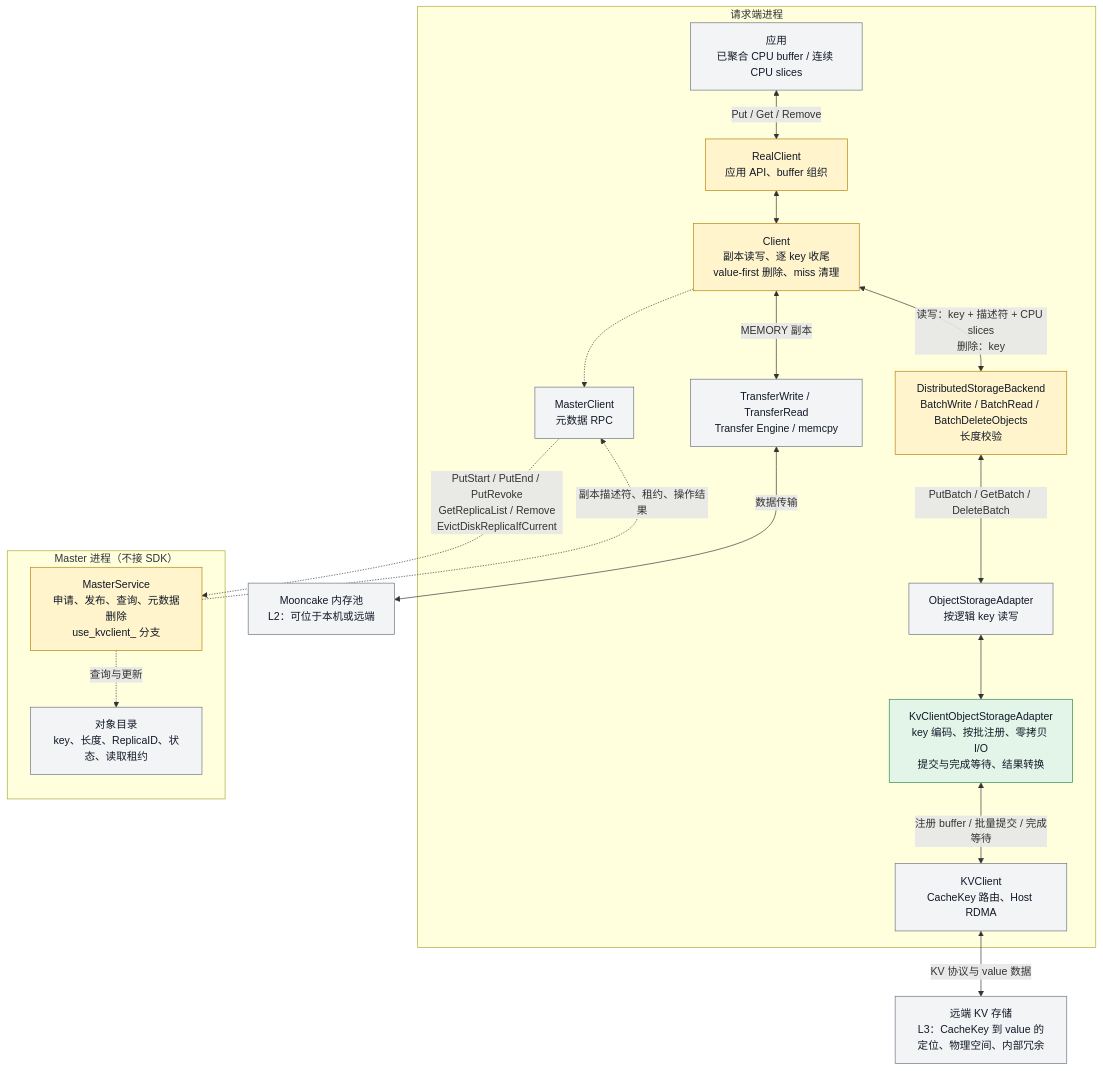
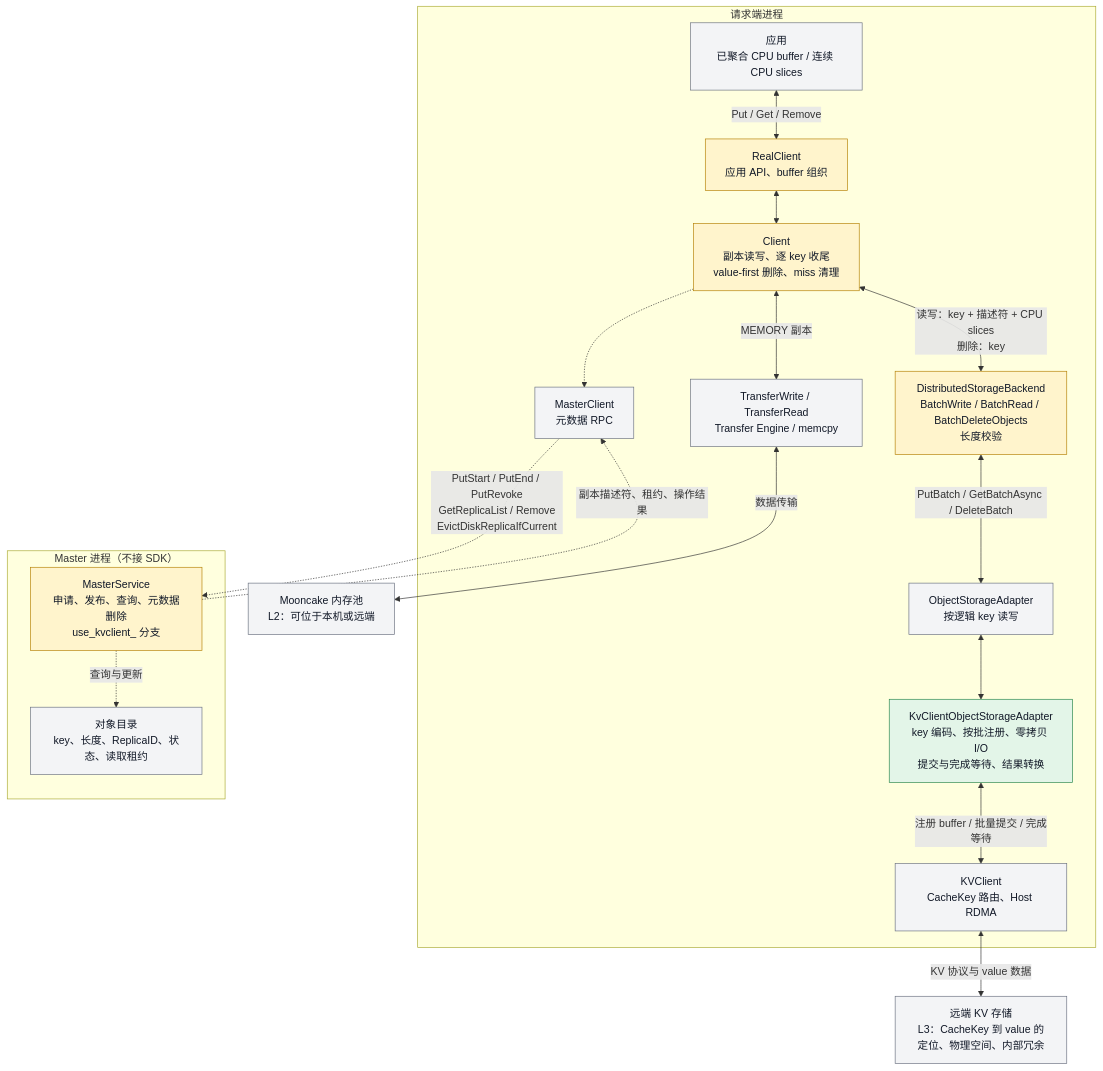
Before and after one commit to zwj20000328-dotcom/Mooncake-documents: the first of 13 diagrams in Mooncake + KVClient L3 接入（Kvcs）- v3.md, drawn with Mermaid. The commit also changed other lines of this file and 3 other files, not shown here.

````diff
--- a/Mooncake + KVClient L3 接入（Kvcs）- v3.md
+++ b/Mooncake + KVClient L3 接入（Kvcs）- v3.md
@@ -71,45 +71,45 @@
 ```mermaid
 flowchart TB
     subgraph Request["请求端进程"]
         A["应用<br/>已聚合 CPU buffer / 连续 CPU slices"]
         R["RealClient<br/>应用 API、buffer 组织"]
         C["Client<br/>副本读写、逐 key 收尾<br/>value-first 删除、miss 清理"]
         RPC["MasterClient<br/>元数据 RPC"]
         TE["TransferWrite / TransferRead<br/>Transfer Engine / memcpy"]
         B["DistributedStorageBackend<br/>BatchWrite / BatchRead / BatchDeleteObjects<br/>长度校验"]
         O["ObjectStorageAdapter<br/>按逻辑 key 读写"]
         K["KvClientObjectStorageAdapter<br/>key 编码、按批注册、零拷贝 I/O<br/>提交与完成等待、结果转换"]
         SDK["KVClient<br/>CacheKey 路由、Host RDMA"]
 
         A <-->|"Put / Get / Remove"| R
         R <--> C
         C -.-> RPC
         C <-->|"MEMORY 副本"| TE
         C <-->|"读写：key + 描述符 + CPU slices<br/>删除：key"| B
-        B <-->|"PutBatch / GetBatch / DeleteBatch"| O
+        B <-->|"PutBatch / GetBatchAsync / DeleteBatch"| O
         O <--> K
         K <-->|"注册 buffer / 批量提交 / 完成等待"| SDK
     end
 
     subgraph Master["Master 进程（不接 SDK）"]
         M["MasterService<br/>申请、发布、查询、元数据删除<br/>use_kvclient_ 分支"]
         META["对象目录<br/>key、长度、ReplicaID、状态、读取租约"]
 
         M -.->|"查询与更新"| META
     end
 
     RAM["Mooncake 内存池<br/>L2：可位于本机或远端"]
     S["远端 KV 存储<br/>L3：CacheKey 到 value 的定位、物理空间、内部冗余"]
 
     RPC -.->|"PutStart / PutEnd / PutRevoke<br/>GetReplicaList / Remove<br/>EvictDiskReplicaIfCurrent"| M
     M -.->|"副本描述符、租约、操作结果"| RPC
     TE <-->|"数据传输"| RAM
     SDK <-->|"KV 协议与 value 数据"| S
 
     classDef existing fill:#f3f4f6,stroke:#6b7280,color:#111827;
     classDef changed fill:#fff4cc,stroke:#b58105,color:#111827;
     classDef added fill:#e3f5e8,stroke:#28864b,color:#111827;
     class A,RPC,TE,O,META,RAM,S,SDK existing;
     class R,C,B,M changed;
     class K added;
 ```
````
